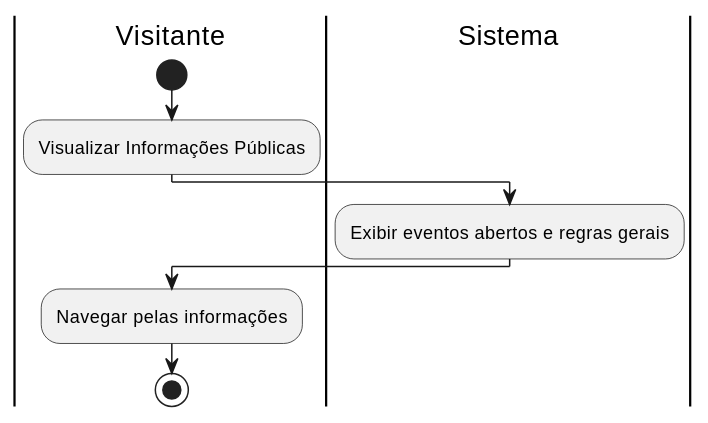
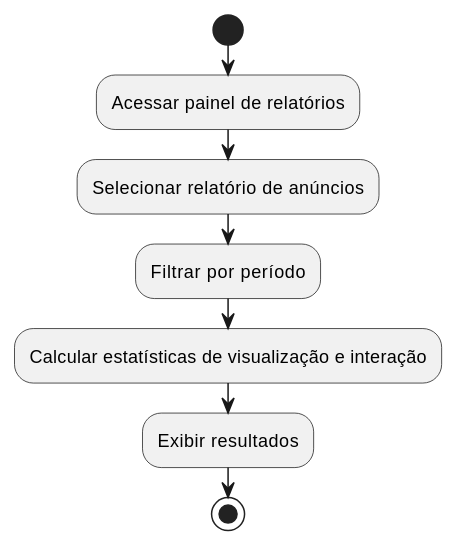
Before and after one commit to agu3des/CommunityLink: diagram 13 of 16 in aps/specs/diagrama-de-atividades/uml_diagrama_atividades.md, drawn with PlantUML. The commit also changed other lines of this file and 28 other files, not shown here.

```diff
--- a/aps/specs/diagrama-de-atividades/uml_diagrama_atividades.md
+++ b/aps/specs/diagrama-de-atividades/uml_diagrama_atividades.md
@@ -323,10 +355,9 @@
 @startuml
-|Visitante|
 start
-:Visualizar Informações Públicas;
-|Sistema|
-:Exibir eventos abertos e regras gerais;
-|Visitante|
-:Navegar pelas informações;
+:Acessar painel de relatórios;
+:Selecionar relatório de anúncios;
+:Filtrar por período;
+:Calcular estatísticas de visualização e interação;
+:Exibir resultados;
 stop
 @enduml
```
